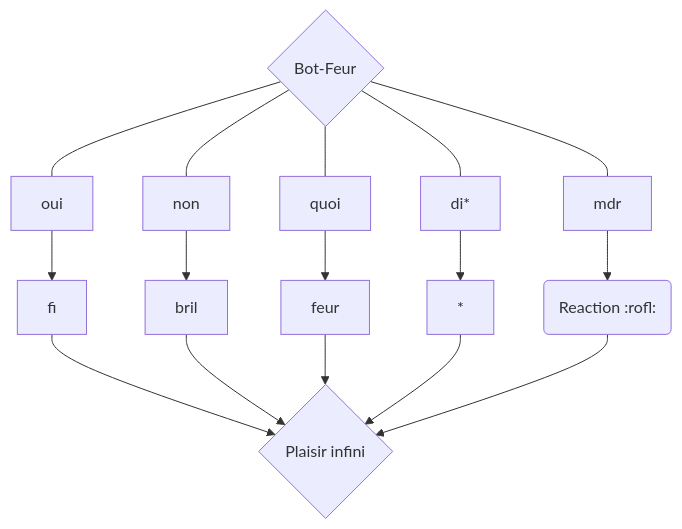
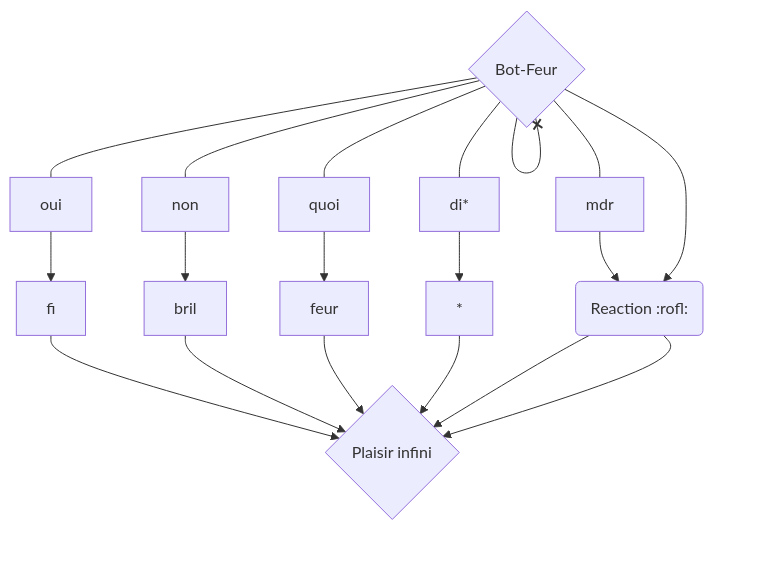
Before and after one commit to F9mc/Bot-Feur: the diagram in README.md, drawn with Mermaid.

````diff
--- a/README.md
+++ b/README.md
@@ -19,8 +19,9 @@
 ```mermaid
     graph TB
     D{Bot-Feur}---a[oui]-->fi-->c{Plaisir infini}
     D{Bot-Feur}---non-->bril-->c{Plaisir infini}
     D{Bot-Feur}---quoi-->feur-->c{Plaisir infini}
     D{Bot-Feur}---di*-->*-->c{Plaisir infini}
     D{Bot-Feur}---mdr-->b(Reaction :rofl:)-->c{Plaisir infini}
+    D{Bot-Feur}---xD-->b(Reaction :rofl:)-->c{Plaisir infini}
 ```
````
